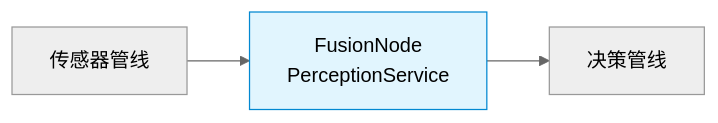
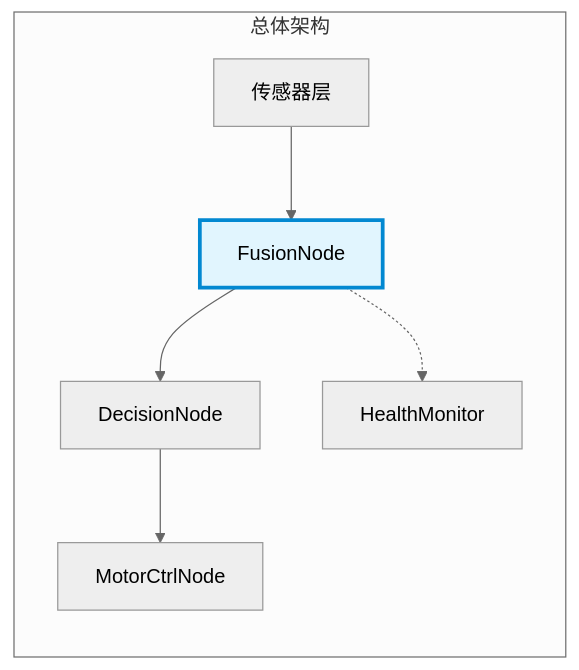
The first of 3 diagrams in doc/subsystems/fusion-pipeline.md (guang-lee-cn/ros2_robot_middleware), drawn with Mermaid (neutral theme) before and after one commit. The commit also changed other lines of this file and 7 other files, not shown here.

````diff
--- a/doc/subsystems/fusion-pipeline.md
+++ b/doc/subsystems/fusion-pipeline.md
@@ -5,7 +5,13 @@
 ```mermaid
 flowchart LR
-    SENSOR[传感器管线] --> F[FusionNode<br/>PerceptionService]
-    F --> DECISION[决策管线]
-    
-    style F fill:#e1f5fe,stroke:#0288d1
+    subgraph arch["总体架构"]
+        SENSORS["传感器层"]
+        F[FusionNode]
+        D[DecisionNode]
+        M[MotorCtrlNode]
+        H[HealthMonitor]
+    end
+    SENSORS --> F --> D --> M
+    F -.-> H
+    style F fill:#e1f5fe,stroke:#0288d1,stroke-width:3px
 ```
````
